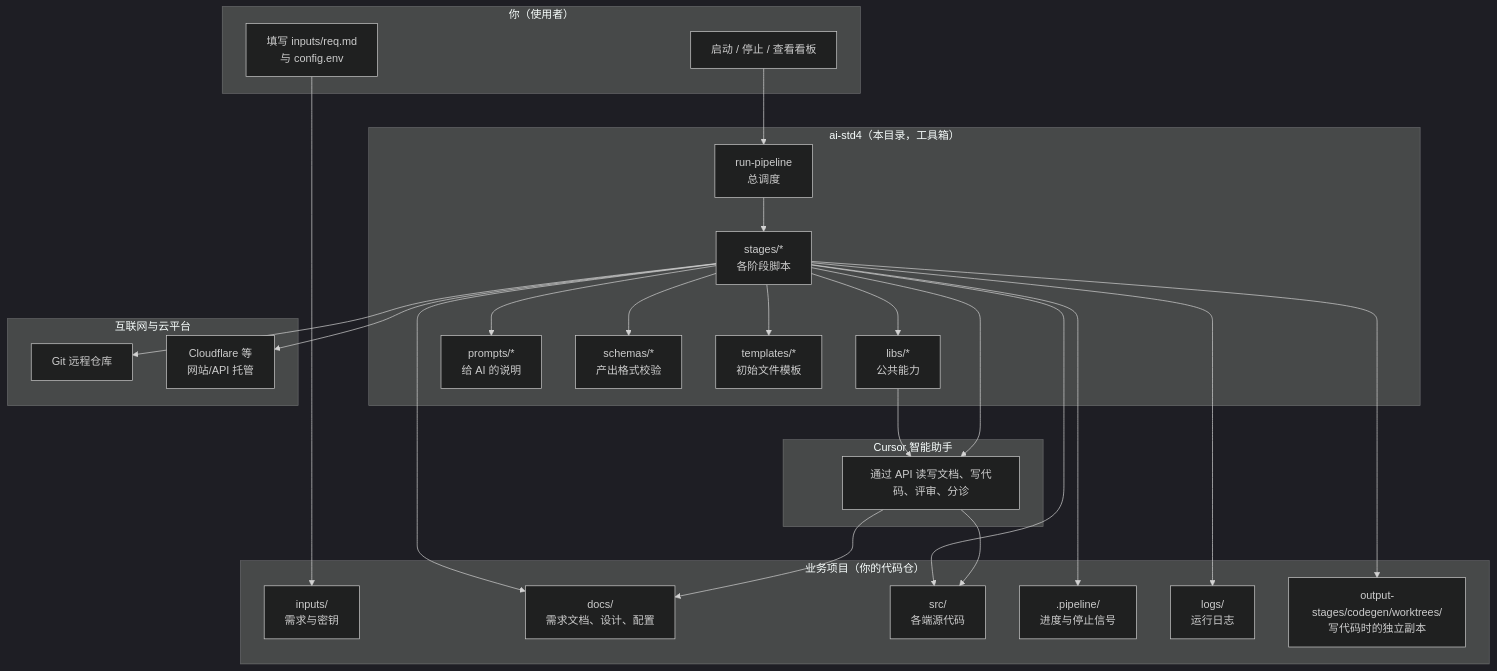
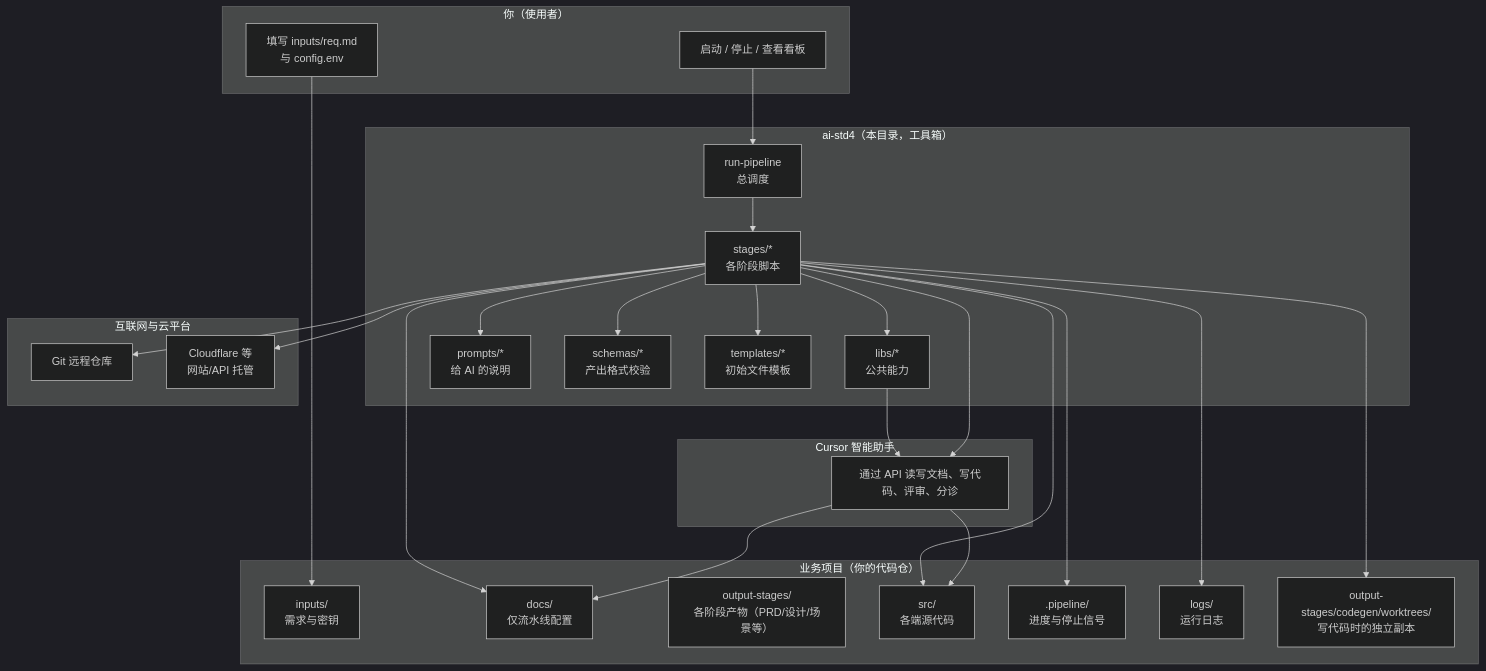
One commit to rudyzhuang/skill-v3 changed the first of 4 diagrams in ai-std4/README.md. Above: the diagram before and after it, drawn with Mermaid (dark theme). The commit also changed 71 other files, not shown here.

First line of the commit message:
refactor(ai-std4): 将 PRD/设计/UI 场景产物迁至 output-stages/<stage>

````diff
--- a/ai-std4/README.md
+++ b/ai-std4/README.md
@@ -56,53 +56,54 @@
 ```mermaid
 flowchart TB
   subgraph User["你（使用者）"]
     U1["填写 inputs/req.md<br/>与 config.env"]
     U2["启动 / 停止 / 查看看板"]
   end
 
   subgraph Biz["业务项目（你的代码仓）"]
     IN["inputs/<br/>需求与密钥"]
-    DOC["docs/<br/>需求文档、设计、配置"]
+    DOC["docs/<br/>仅流水线配置"]
+    OUT["output-stages/<br/>各阶段产物（PRD/设计/场景等）"]
     SRC["src/<br/>各端源代码"]
     PIPE[".pipeline/<br/>进度与停止信号"]
     LOG["logs/<br/>运行日志"]
     WT["output-stages/codegen/worktrees/<br/>写代码时的独立副本"]
   end
 
   subgraph Std4["ai-std4（本目录，工具箱）"]
     RP["run-pipeline<br/>总调度"]
     ST["stages/*<br/>各阶段脚本"]
     LIB["libs/*<br/>公共能力"]
     PR["prompts/*<br/>给 AI 的说明"]
     SCH["schemas/*<br/>产出格式校验"]
     TPL["templates/*<br/>初始文件模板"]
   end
 
   subgraph AI["Cursor 智能助手"]
     AG["通过 API 读写文档、写代码、评审、分诊"]
   end
 
   subgraph Cloud["互联网与云平台"]
     GH["Git 远程仓库"]
     CF["Cloudflare 等<br/>网站/API 托管"]
   end
 
   U1 --> IN
   U2 --> RP
   RP --> ST
   ST --> LIB
   ST --> PR
   ST --> SCH
   ST --> TPL
   ST --> DOC
   ST --> SRC
   ST --> PIPE
   ST --> LOG
   ST --> WT
   LIB --> AG
   ST --> AG
   ST --> GH
   ST --> CF
   AG --> DOC
   AG --> SRC
 ```
````
